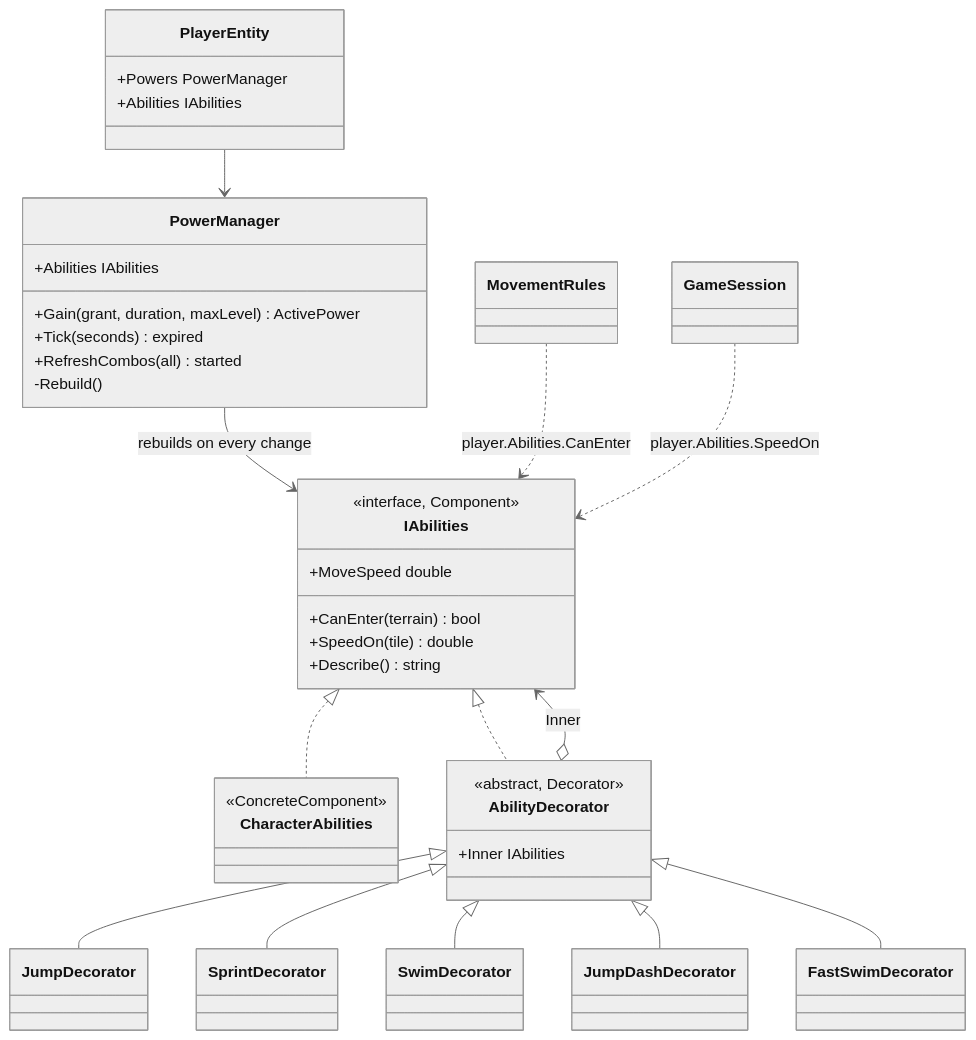
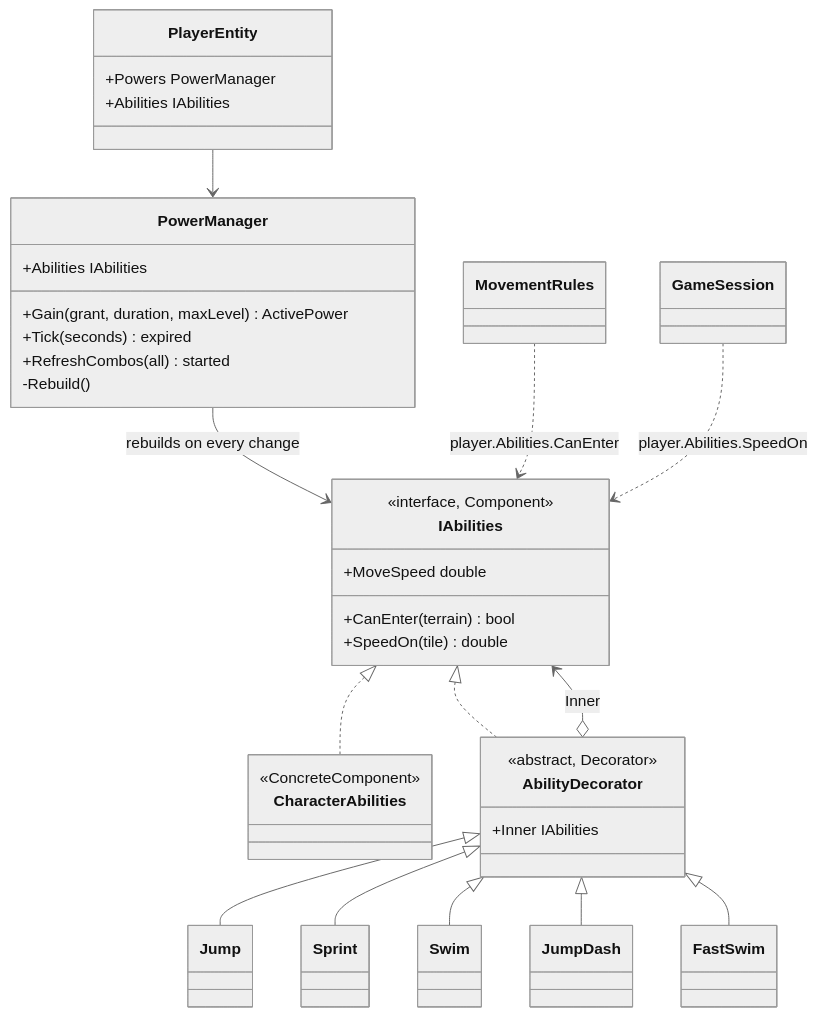
Before and after one commit to YoBoyJonas/OPP: the second of 2 diagrams in docs/patterns/Decorator.md, drawn with Mermaid (neutral theme). The commit also changed other lines of this file and 94 other files, not shown here.

````diff
--- a/docs/patterns/Decorator.md
+++ b/docs/patterns/Decorator.md
@@ -64,45 +63,44 @@
 ```mermaid
 classDiagram
     class IAbilities {
         <<interface, Component>>
         +MoveSpeed double
         +CanEnter(terrain) bool
         +SpeedOn(tile) double
-        +Describe() string
     }
     class CharacterAbilities {
         <<ConcreteComponent>>
     }
     class AbilityDecorator {
         <<abstract, Decorator>>
         +Inner IAbilities
     }
-    class JumpDecorator
-    class SprintDecorator
-    class SwimDecorator
-    class JumpDashDecorator
-    class FastSwimDecorator
+    class Jump
+    class Sprint
+    class Swim
+    class JumpDash
+    class FastSwim
     class PowerManager {
         +Abilities IAbilities
         +Gain(grant, duration, maxLevel) ActivePower
         +Tick(seconds) expired
         +RefreshCombos(all) started
         -Rebuild()
     }
     class PlayerEntity {
         +Powers PowerManager
         +Abilities IAbilities
     }
     IAbilities <|.. CharacterAbilities
     IAbilities <|.. AbilityDecorator
     AbilityDecorator o--> IAbilities : Inner
-    AbilityDecorator <|-- JumpDecorator
-    AbilityDecorator <|-- SprintDecorator
-    AbilityDecorator <|-- SwimDecorator
-    AbilityDecorator <|-- JumpDashDecorator
-    AbilityDecorator <|-- FastSwimDecorator
+    AbilityDecorator <|-- Jump
+    AbilityDecorator <|-- Sprint
+    AbilityDecorator <|-- Swim
+    AbilityDecorator <|-- JumpDash
+    AbilityDecorator <|-- FastSwim
     PowerManager --> IAbilities : rebuilds on every change
     PlayerEntity --> PowerManager
     MovementRules ..> IAbilities : player.Abilities.CanEnter
     GameSession ..> IAbilities : player.Abilities.SpeedOn
 ```
````
